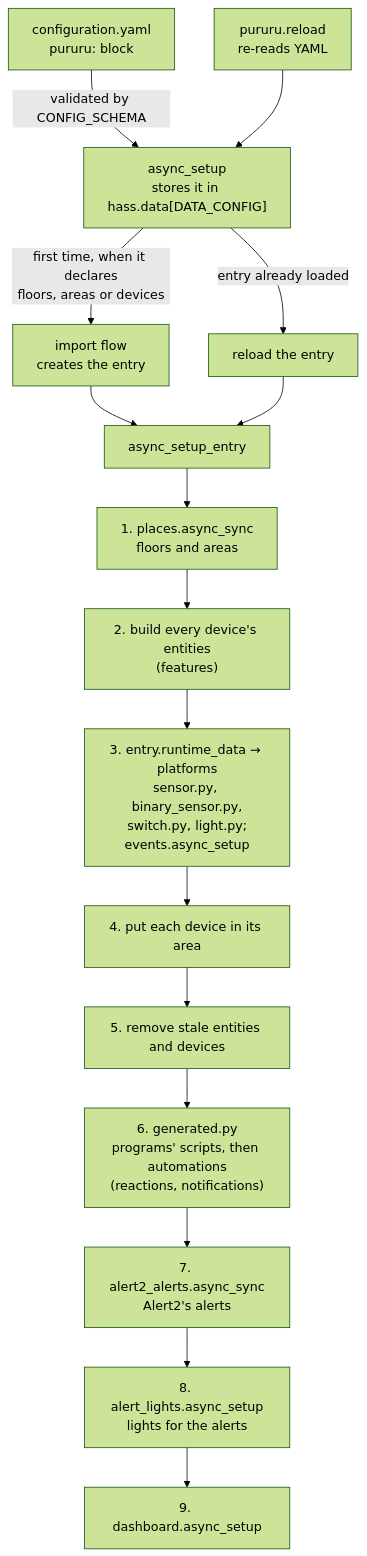
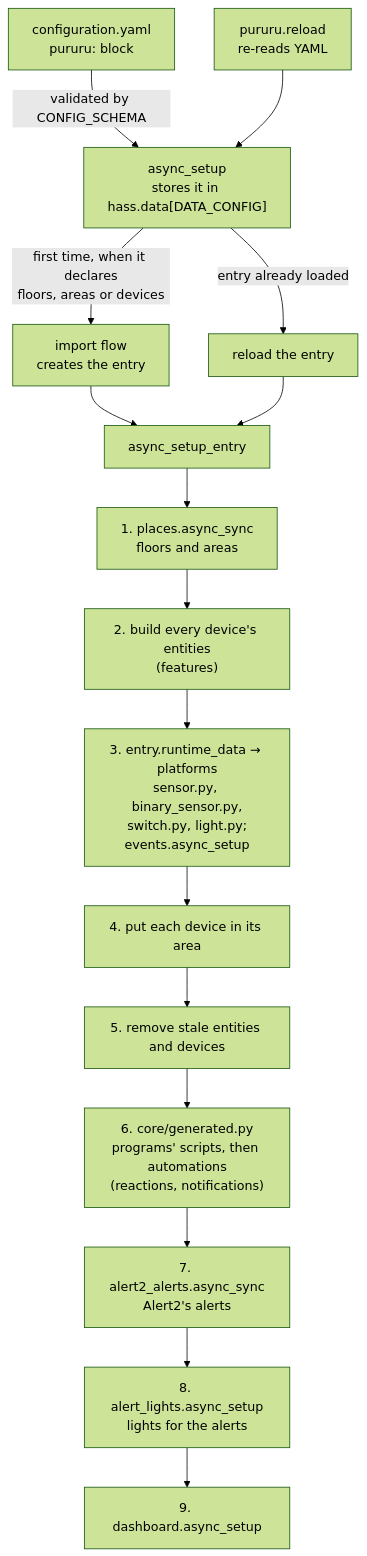
One commit to thatsnotmynameio/pururu-ha changed the diagram in docs/develop/architecture.mdx. Above: the diagram before and after it, drawn with Mermaid (forest theme). The commit also changed other lines of this file and 76 other files, not shown here.

````diff
--- a/docs/develop/architecture.mdx
+++ b/docs/develop/architecture.mdx
@@ -10,18 +10,18 @@
 ```mermaid
 flowchart TD
     Y["configuration.yaml<br/>pururu: block"] -->|"validated by CONFIG_SCHEMA"| S["async_setup<br/>stores it in hass.data[DATA_CONFIG]"]
     S -->|"first time, when it declares<br/>floors, areas or devices"| F["import flow<br/>creates the entry"]
     S -->|"entry already loaded"| R["reload the entry"]
     F --> E
     R --> E
     RS["pururu.reload<br/>re-reads YAML"] --> S
     E["async_setup_entry"] --> P1["1. places.async_sync<br/>floors and areas"]
     P1 --> P2["2. build every device's entities<br/>(features)"]
     P2 --> P3["3. entry.runtime_data → platforms<br/>sensor.py, binary_sensor.py,<br/>switch.py, light.py;<br/>events.async_setup"]
     P3 --> P4["4. put each device in its area"]
     P4 --> P5["5. remove stale entities and devices"]
-    P5 --> P6["6. generated.py<br/>programs' scripts, then automations<br/>(reactions, notifications)"]
+    P5 --> P6["6. core/generated.py<br/>programs' scripts, then automations<br/>(reactions, notifications)"]
     P6 --> P7["7. alert2_alerts.async_sync<br/>Alert2's alerts"]
     P7 --> P8["8. alert_lights.async_setup<br/>lights for the alerts"]
     P8 --> P9["9. dashboard.async_setup"]
 ```
````
